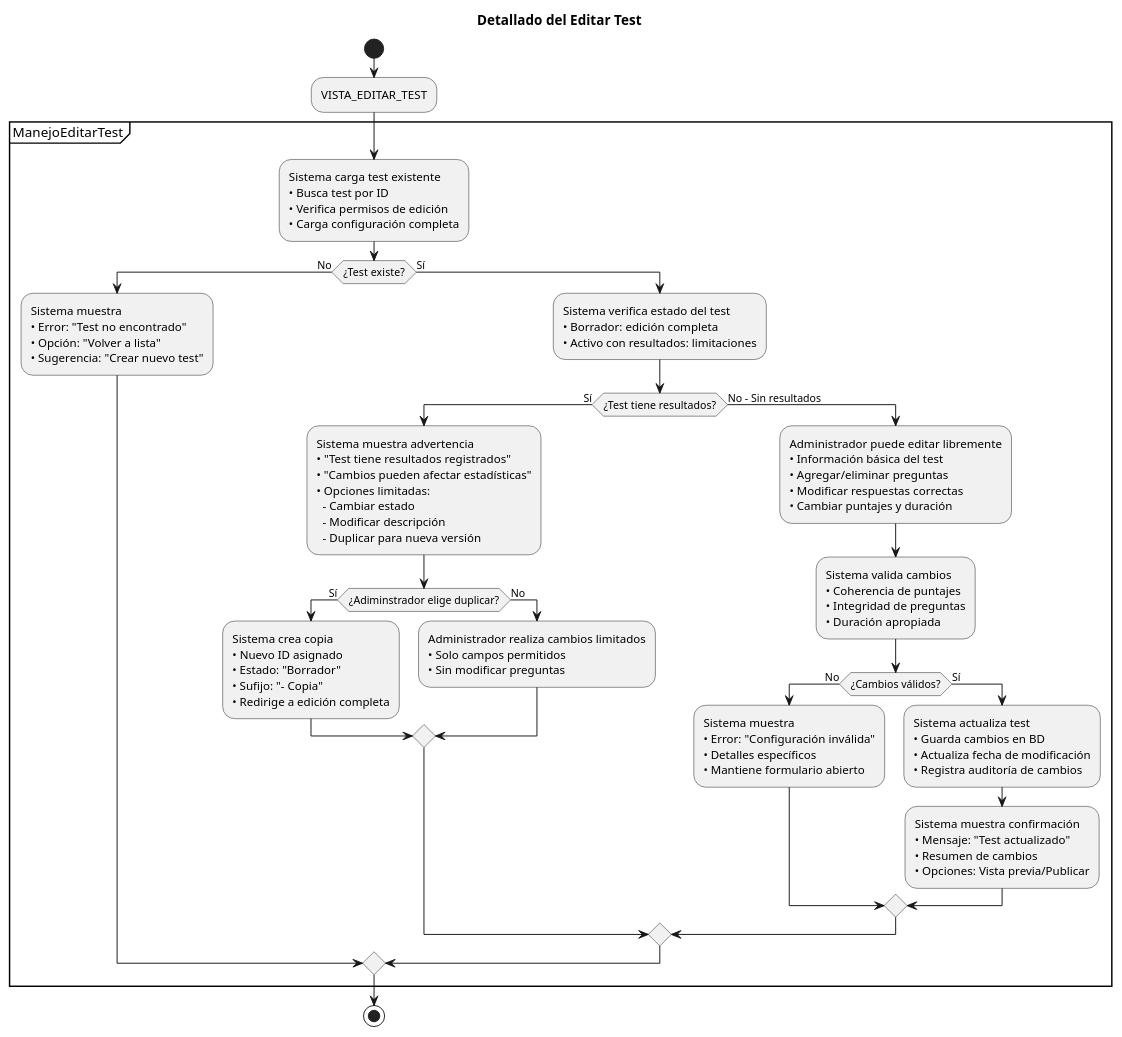
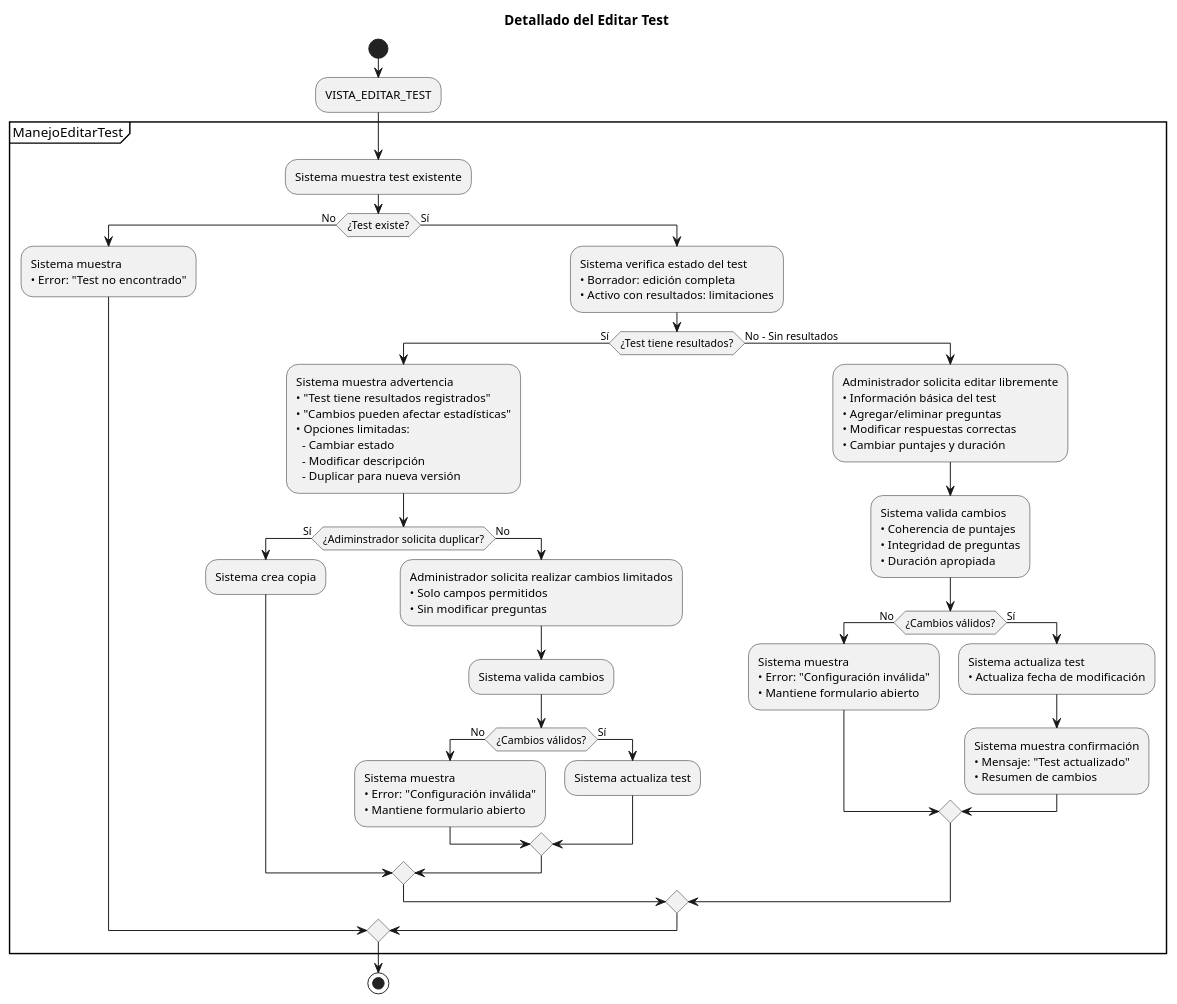
The diagram in casos_de_uso/diagramas_casos_de_uso_detallados/editar_test.puml (Dievex/24-25-IdSw1-SDR), drawn with PlantUML before and after one commit.

Commit message:
refactor(diagram): simplify test editing diagram by removing redundant details

```diff
--- a/casos_de_uso/diagramas_casos_de_uso_detallados/editar_test.puml
+++ b/casos_de_uso/diagramas_casos_de_uso_detallados/editar_test.puml
@@ -1,88 +1,87 @@
 @startuml
 title Detallado del Editar Test
 
 start
 
 :VISTA_EDITAR_TEST;
 
 partition ManejoEditarTest {
   
-  :Sistema carga test existente
-  • Busca test por ID
-  • Verifica permisos de edición
-  • Carga configuración completa;
+  :Sistema muestra test existente;
   
   if (¿Test existe?) then (No)
     :Sistema muestra
-    • Error: "Test no encontrado"
-    • Opción: "Volver a lista"
-    • Sugerencia: "Crear nuevo test";
+    • Error: "Test no encontrado";
     
   else (Sí)
     :Sistema verifica estado del test
     • Borrador: edición completa
     • Activo con resultados: limitaciones;
     
     
     if (¿Test tiene resultados?) then (Sí)
       :Sistema muestra advertencia
       • "Test tiene resultados registrados"
       • "Cambios pueden afectar estadísticas"
       • Opciones limitadas:
         - Cambiar estado
         - Modificar descripción
         - Duplicar para nueva versión;
       
-      if (¿Adiminstrador elige duplicar?) then (Sí)
-        :Sistema crea copia
-        • Nuevo ID asignado
-        • Estado: "Borrador"
-        • Sufijo: "- Copia"
-        • Redirige a edición completa;
+      if (¿Adiminstrador solicita duplicar?) then (Sí)
+        :Sistema crea copia;
         
       else (No)
-        :Administrador realiza cambios limitados
+        :Administrador solicita realizar cambios limitados
         • Solo campos permitidos
         • Sin modificar preguntas;
+
+        :Sistema valida cambios;
+
+        if (¿Cambios válidos?) then (No)
+          :Sistema muestra
+          • Error: "Configuración inválida"
+          • Mantiene formulario abierto;
+          
+        else (Sí)
+          :Sistema actualiza test;
+          
+        endif
         
       endif
       
     else (No - Sin resultados)
-      :Administrador puede editar libremente
+      :Administrador solicita editar libremente
       • Información básica del test
       • Agregar/eliminar preguntas
       • Modificar respuestas correctas
       • Cambiar puntajes y duración;
       
       :Sistema valida cambios
       • Coherencia de puntajes
       • Integridad de preguntas
       • Duración apropiada;
       
       if (¿Cambios válidos?) then (No)
         :Sistema muestra
         • Error: "Configuración inválida"
-        • Detalles específicos
         • Mantiene formulario abierto;
         
       else (Sí)
         :Sistema actualiza test
-        • Guarda cambios en BD
-        • Actualiza fecha de modificación
-        • Registra auditoría de cambios;
+        • Actualiza fecha de modificación;
         
         :Sistema muestra confirmación
         • Mensaje: "Test actualizado"
-        • Resumen de cambios
-        • Opciones: Vista previa/Publicar;
+        • Resumen de cambios;
         
       endif
       
     endif
     
   endif
   
 }
 
 stop
 @enduml
```
